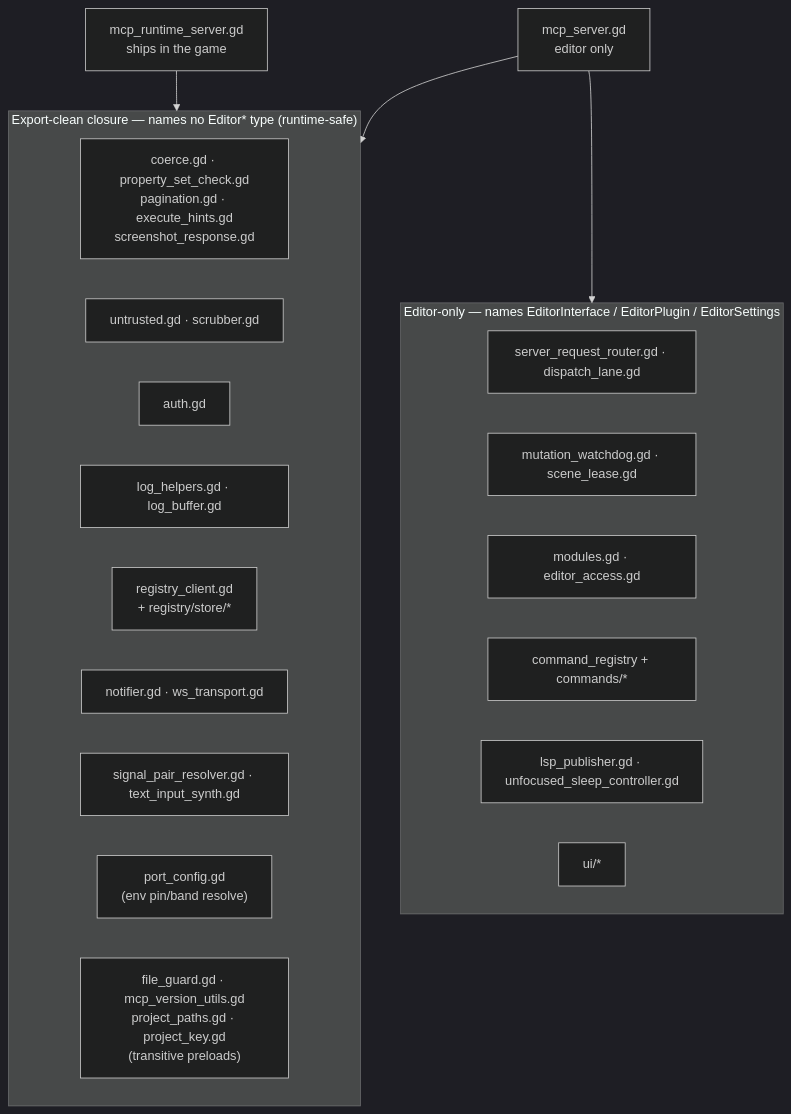
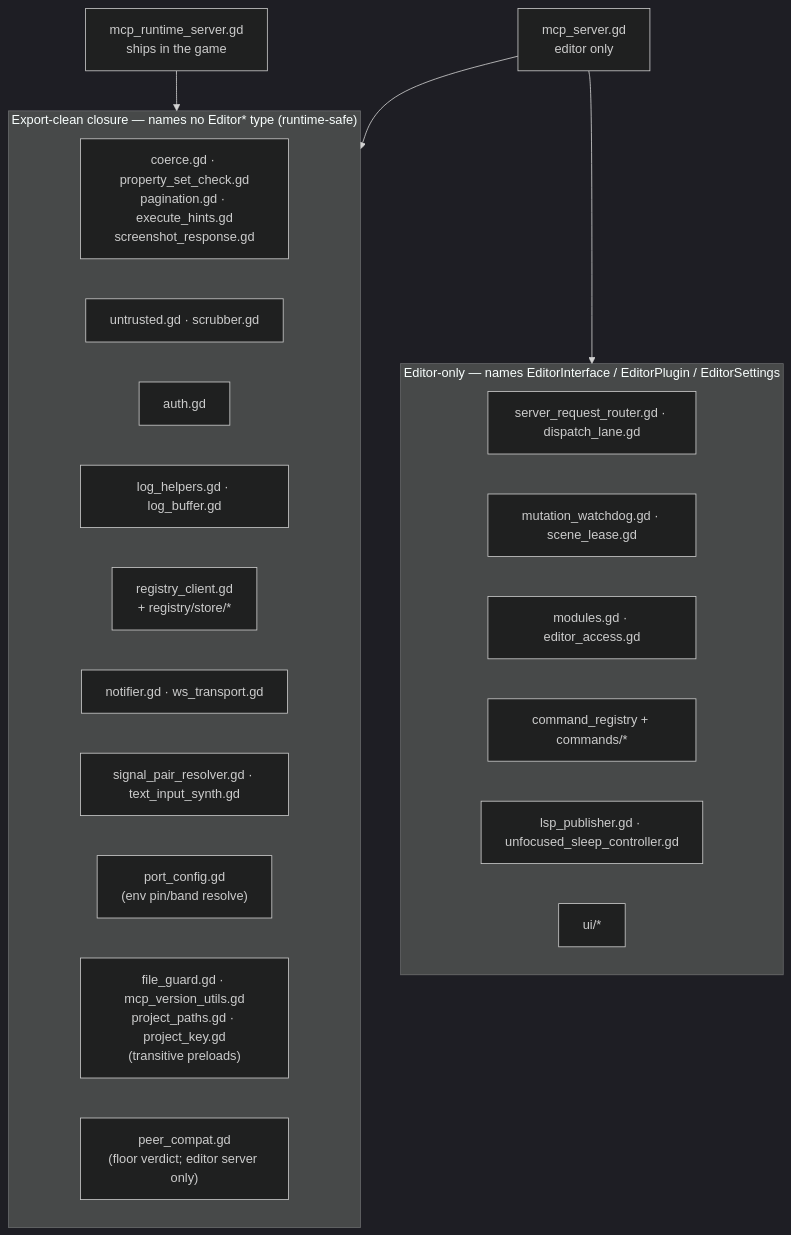
Before and after one commit to NPGameDev/godot-mcp-toolkit: the second of 13 diagrams in docs/architecture/README.md, drawn with Mermaid (dark theme). The commit also changed other lines of this file and 1 other file, not shown here.

First line of the commit message:
docs(arch): re-attest the handshake, taint and lifecycle figures at the floor check

````diff
--- a/docs/architecture/README.md
+++ b/docs/architecture/README.md
@@ -147,29 +147,30 @@
 ```mermaid
 flowchart TB
     ModeB["mcp_runtime_server.gd<br/>ships in the game"]
     ModeA["mcp_server.gd<br/>editor only"]
     subgraph clean["Export-clean closure — names no Editor* type (runtime-safe)"]
       direction LR
       C1["coerce.gd · property_set_check.gd<br/>pagination.gd · execute_hints.gd<br/>screenshot_response.gd"]
       C2["untrusted.gd · scrubber.gd"]
       C3["auth.gd"]
       C4["log_helpers.gd · log_buffer.gd"]
       C5["registry_client.gd<br/>+ registry/store/*"]
       C6["notifier.gd · ws_transport.gd"]
       C7["signal_pair_resolver.gd · text_input_synth.gd"]
       C8["port_config.gd<br/>(env pin/band resolve)"]
       C9["file_guard.gd · mcp_version_utils.gd<br/>project_paths.gd · project_key.gd<br/>(transitive preloads)"]
+      C10["peer_compat.gd<br/>(floor verdict; editor server only)"]
     end
     subgraph tainted["Editor-only — names EditorInterface / EditorPlugin / EditorSettings"]
       direction LR
       D1["server_request_router.gd · dispatch_lane.gd"]
       D2["mutation_watchdog.gd · scene_lease.gd"]
       D3["modules.gd · editor_access.gd"]
       D4["command_registry + commands/*"]
       D5["lsp_publisher.gd · unfocused_sleep_controller.gd"]
       D6["ui/*"]
     end
     ModeB --> clean
     ModeA --> clean
     ModeA --> tainted
 ```
````
